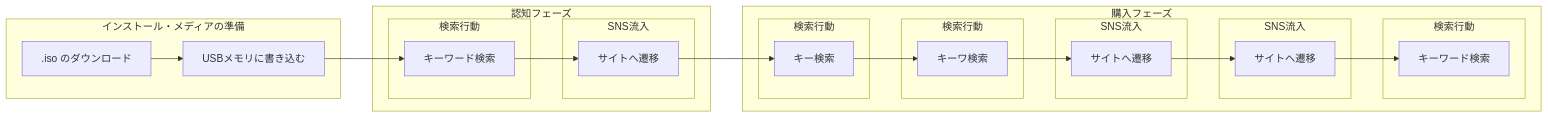
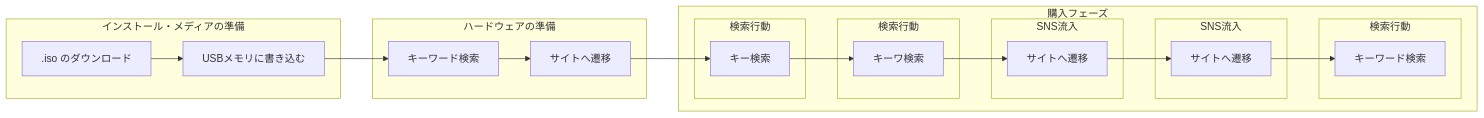
One commit to hobby-pc2026/linux-install changed the diagram in linux-install-02.md. Above: the diagram before and after it, drawn with Mermaid.

````diff
--- a/linux-install-02.md
+++ b/linux-install-02.md
@@ -3,32 +3,30 @@
 ```mermaid
 flowchart LR
     subgraph フェーズ1 [インストール・メディアの準備]
 
             A[.iso のダウンロード] --> B[USBメモリに書き込む]
     end
-    subgraph フェーズ2 [認知フェーズ]
-        subgraph サブ3 [検索行動]
+    subgraph フェーズ2 [ハードウェアの準備]
+ 
             B --> C[キーワード検索]
-        end
-        subgraph サブ4 [SNS流入]
+
             C --> E[サイトへ遷移]
-        end
-    end
+     end
     subgraph フェーズ3 [購入フェーズ]
         subgraph サブ5 [検索行動]
             E --> F[キー検索]
         end
         subgraph サブ6 [検索行動]
             F --> G[キーワ検索]
         end
         subgraph サブ7 [SNS流入]
             G --> H[サイトへ遷移] 
         end
         subgraph サブ8 [SNS流入]
             H --> I[サイトへ遷移]
         end
         subgraph サブ9 [検索行動]
             I --> J[キーワード検索]
         end
     end
 ```
````
